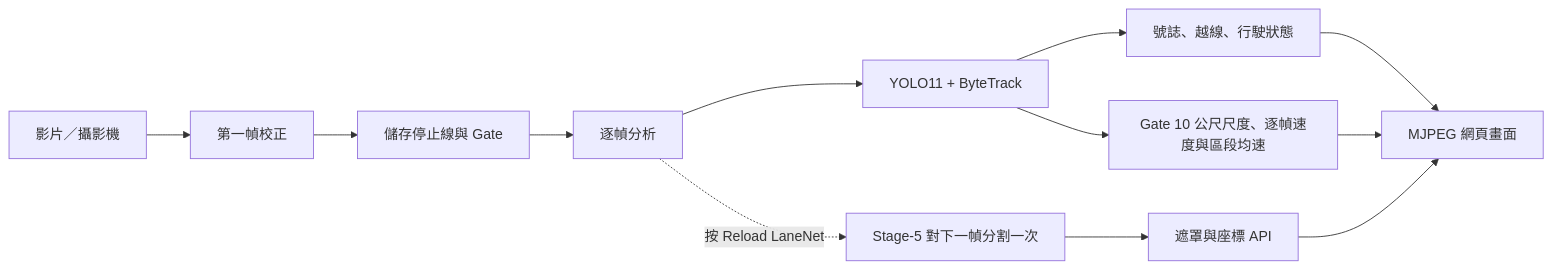
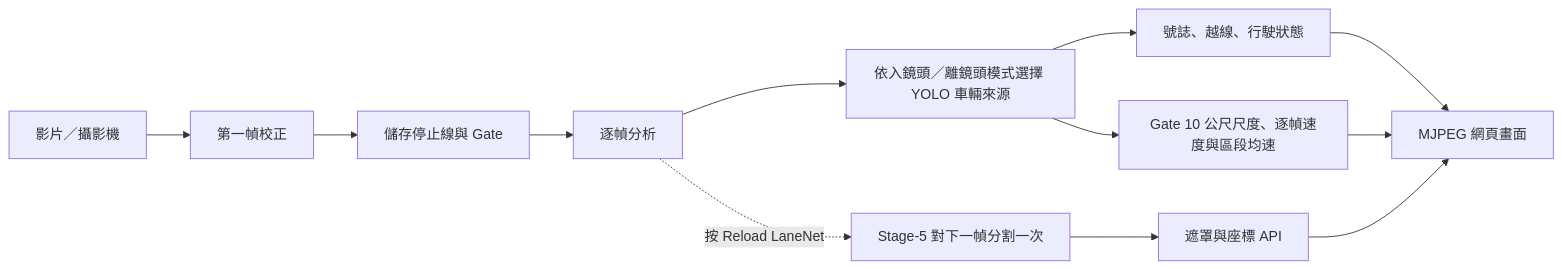
The diagram in README.md (youying971201-lgtm/proj), drawn with Mermaid before and after one commit. The commit also changed other lines of this file and 14 other files, not shown here.

````diff
--- a/README.md
+++ b/README.md
@@ -27,14 +28,14 @@
 ```mermaid
 flowchart LR
     A[影片／攝影機] --> B[第一幀校正]
     B --> C[儲存停止線與 Gate]
     C --> D[逐幀分析]
-    D --> E[YOLO11 + ByteTrack]
+    D --> E[依入鏡頭／離鏡頭模式選擇 YOLO 車輛來源]
     D -. 按 Reload LaneNet .-> F[Stage-5 對下一幀分割一次]
     E --> G[號誌、越線、行駛狀態]
     E --> J[Gate 10 公尺尺度、逐幀速度與區段均速]
     F --> H[遮罩與座標 API]
     G --> I[MJPEG 網頁畫面]
     J --> I
     H --> I
 ```
````
